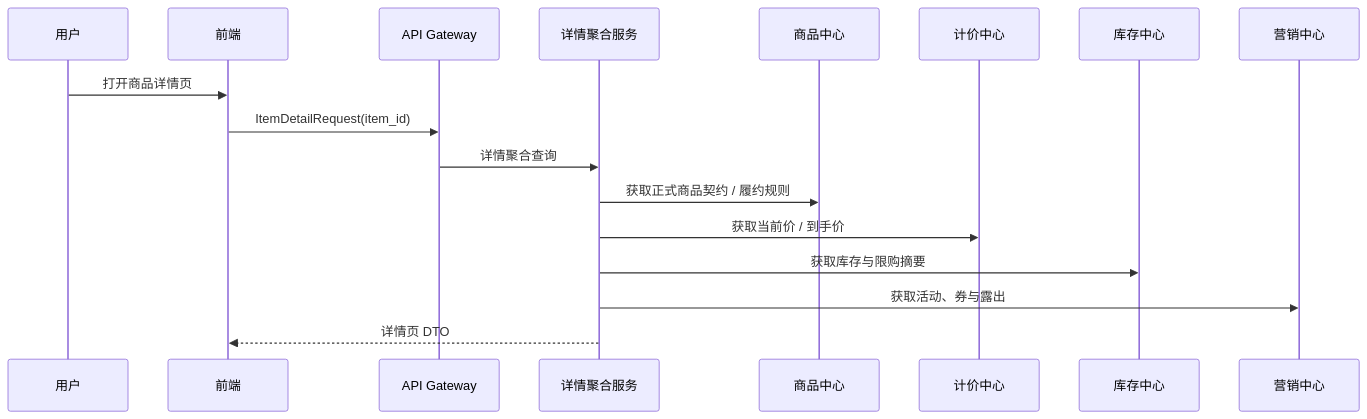
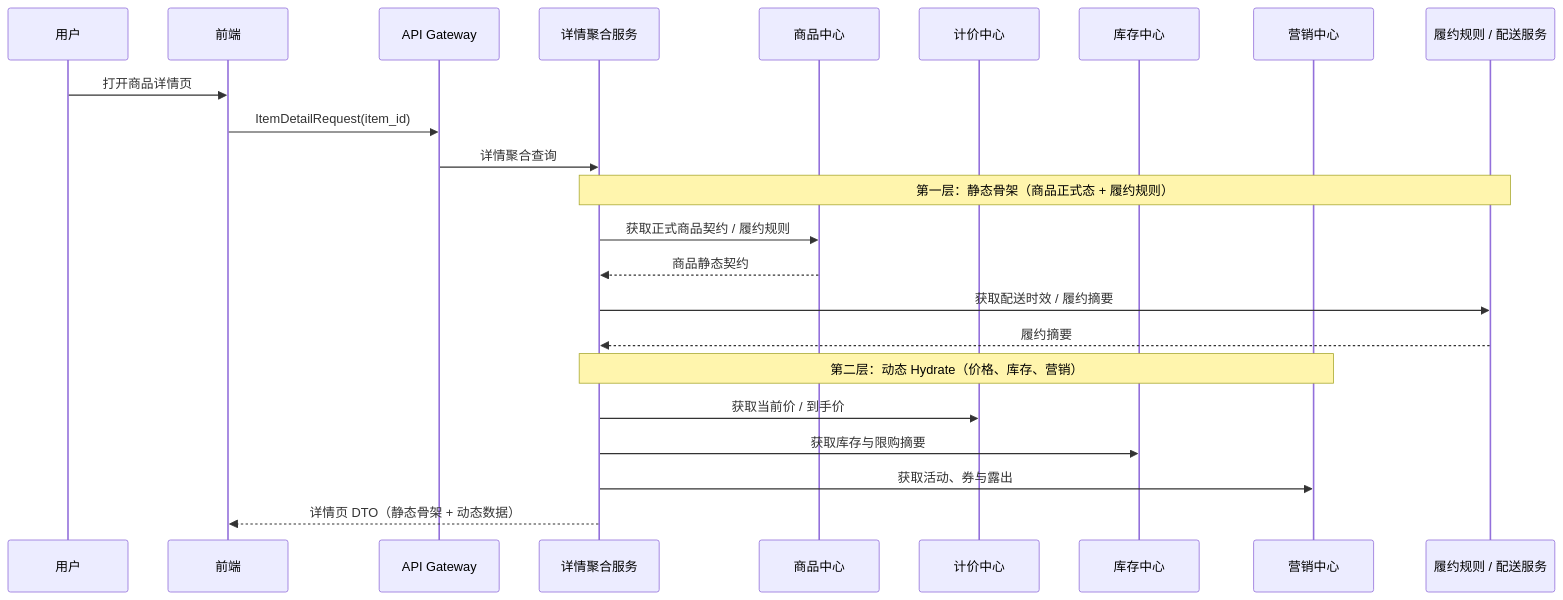
One commit to wxquare/wxquare.github.io changed the fourth of 16 diagrams in books/system-design-architecture-book/src/part02/13-ecommerce-customer-lifecycle.md. Above: the diagram before and after it, drawn with Mermaid. The commit also changed other lines of this file and 17 other files, not shown here.

````diff
--- a/books/system-design-architecture-book/src/part02/13-ecommerce-customer-lifecycle.md
+++ b/books/system-design-architecture-book/src/part02/13-ecommerce-customer-lifecycle.md
@@ -731,20 +728,29 @@
 ```mermaid
 sequenceDiagram
     participant U as 用户
     participant FE as 前端
     participant GW as API Gateway
     participant D as 详情聚合服务
     participant P as 商品中心
     participant PR as 计价中心
     participant IV as 库存中心
     participant MK as 营销中心
+    participant FL as 履约规则 / 配送服务
 
     U->>FE: 打开商品详情页
     FE->>GW: ItemDetailRequest(item_id)
     GW->>D: 详情聚合查询
+
+    Note over D,FL: 第一层：静态骨架（商品正式态 + 履约规则）
     D->>P: 获取正式商品契约 / 履约规则
+    P-->>D: 商品静态契约
+    D->>FL: 获取配送时效 / 履约摘要
+    FL-->>D: 履约摘要
+
+    Note over D,MK: 第二层：动态 Hydrate（价格、库存、营销）
     D->>PR: 获取当前价 / 到手价
     D->>IV: 获取库存与限购摘要
     D->>MK: 获取活动、券与露出
-    D-->>FE: 详情页 DTO
+
+    D-->>FE: 详情页 DTO（静态骨架 + 动态数据）
 ```
````
